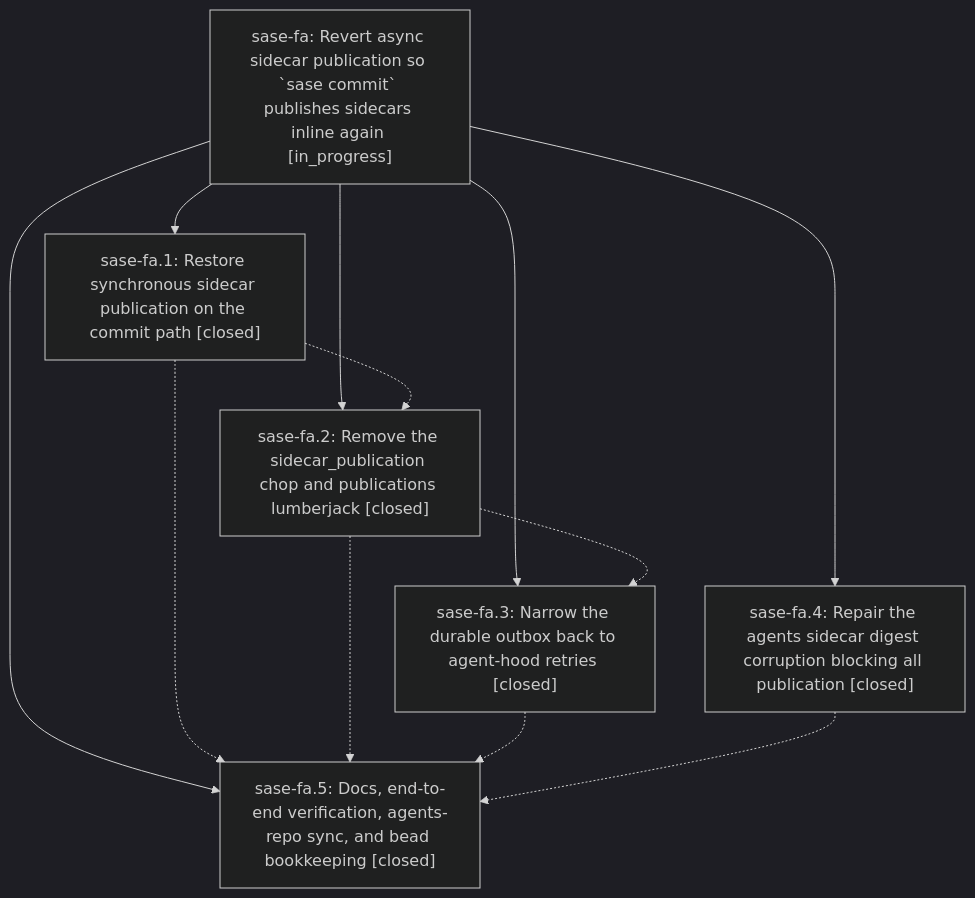
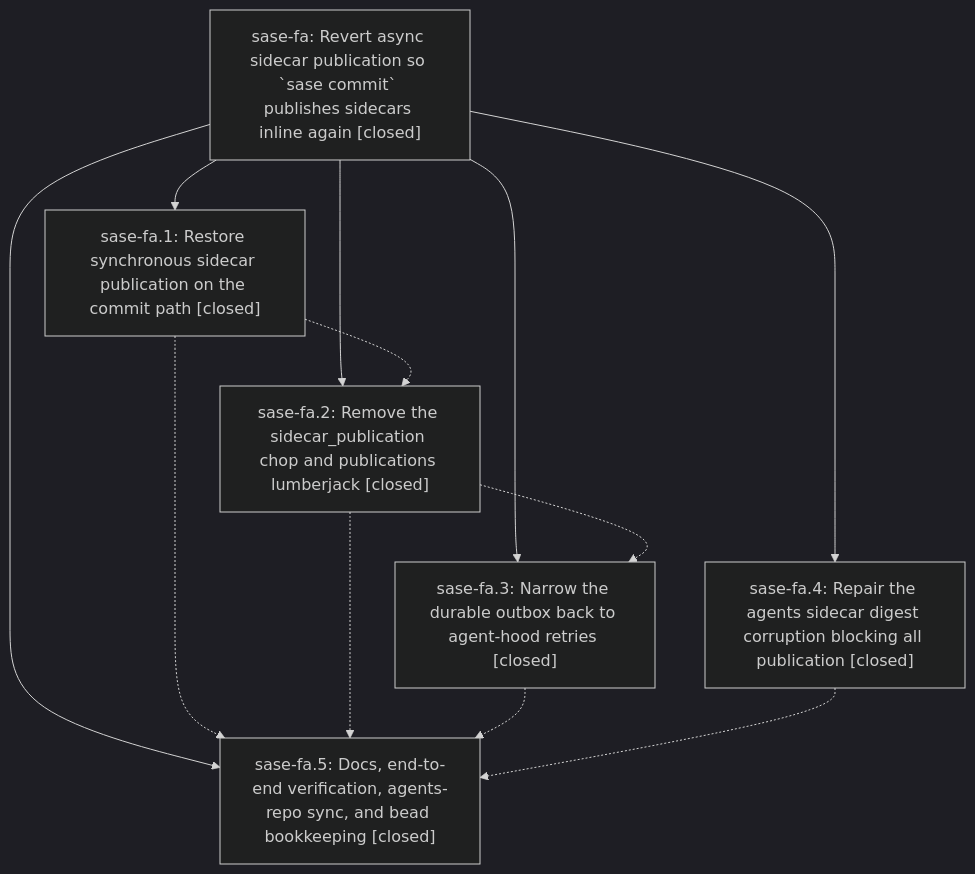
One commit to sase-org/sase--beads changed the diagram in pages/sase-fa/README.md. Above: the diagram before and after it, drawn with Mermaid (dark theme). The commit also changed other lines of this file and 1 other file, not shown here.

First line of the commit message:
chore(beads): sync bead state and pages for sase-fa

````diff
--- a/pages/sase-fa/README.md
+++ b/pages/sase-fa/README.md
@@ -26,20 +42,20 @@
 ```mermaid
 flowchart TD
-    n0["sase-fa: Revert async sidecar publication so `sase commit` publishes sidecars inline again [in_progress]"]
+    n0["sase-fa: Revert async sidecar publication so `sase commit` publishes sidecars inline again [closed]"]
     n1["sase-fa.1: Restore synchronous sidecar publication on the commit path [closed]"]
     n2["sase-fa.2: Remove the sidecar_publication chop and publications lumberjack [closed]"]
     n3["sase-fa.3: Narrow the durable outbox back to agent-hood retries [closed]"]
     n4["sase-fa.4: Repair the agents sidecar digest corruption blocking all publication [closed]"]
     n5["sase-fa.5: Docs, end-to-end verification, agents-repo sync, and bead bookkeeping [closed]"]
     n0 --> n1
     n0 --> n2
     n0 --> n3
     n0 --> n4
     n0 --> n5
     n1 -.-> n2
     n1 -.-> n5
     n2 -.-> n3
     n2 -.-> n5
     n3 -.-> n5
     n4 -.-> n5
 ```
````
